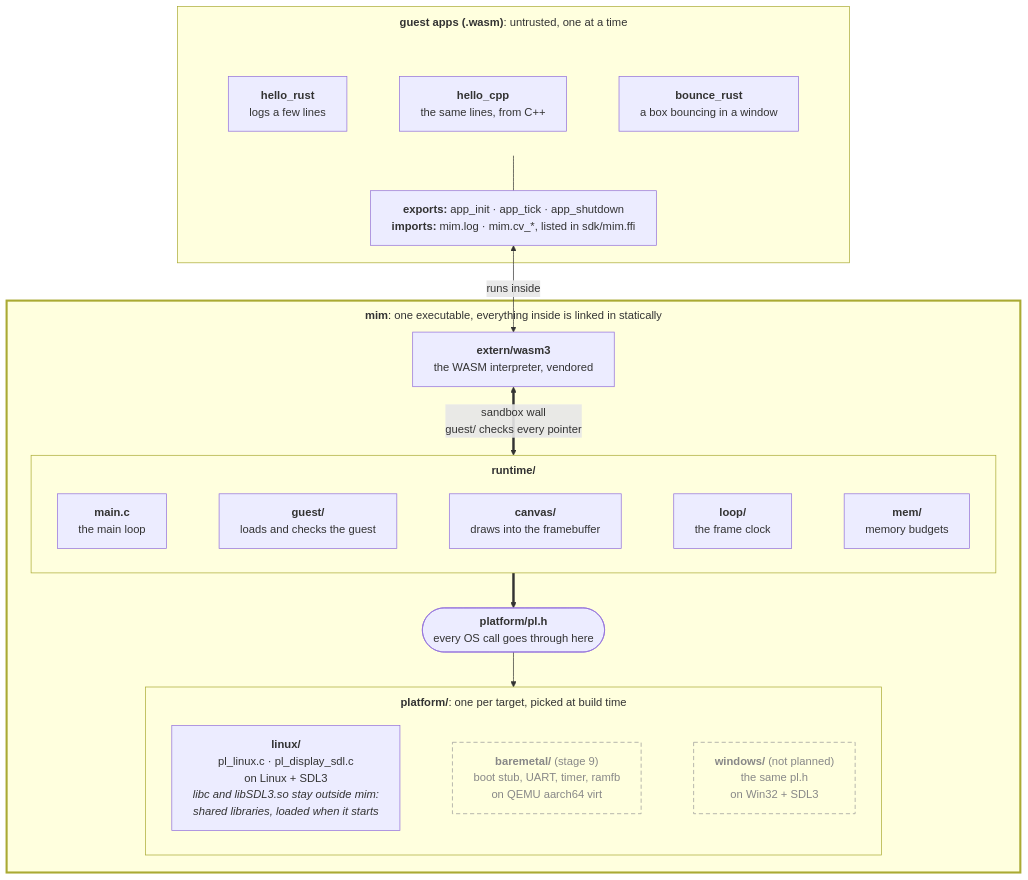
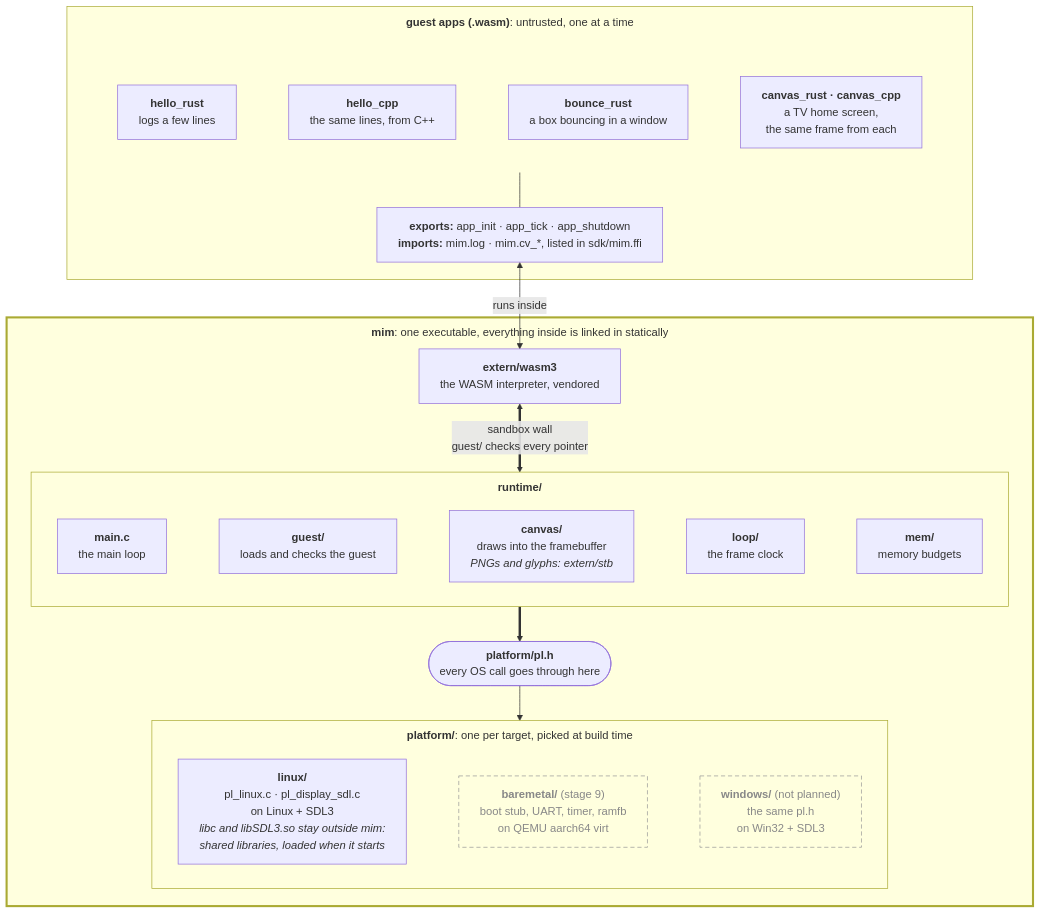
The first of 3 diagrams in README.md (arinal/mim), drawn with Mermaid before and after one commit. The commit also changed other lines of this file and 64 other files, not shown here.

````diff
--- a/README.md
+++ b/README.md
@@ -12,52 +12,53 @@
 ```mermaid
 %%{init: {"flowchart": {"wrappingWidth": 400, "subGraphTitleMargin": {"top": 10, "bottom": 10}}}}%%
 flowchart TB
     accTitle: How MIM fits together
-    accDescr: Everything except the guest apps is one executable, mim; on Linux it loads libc and libSDL3 as shared libraries. Three untrusted WASM guest apps (hello_rust, hello_cpp, bounce_rust), loaded one at a time, run inside the wasm3 interpreter. Their imports reach the runtime's guest loader, which checks every pointer and passes drawing calls to the canvas, which draws into the framebuffer. The runtime reaches the OS only through platform/pl.h. Linux implements it today; bare metal in QEMU is planned for stage 9, and Windows is not planned.
+    accDescr: Everything except the guest apps is one executable, mim; on Linux it loads libc and libSDL3 as shared libraries. Five untrusted WASM guest apps (hello_rust, hello_cpp, bounce_rust, and canvas_rust and canvas_cpp), loaded one at a time, run inside the wasm3 interpreter. Their imports reach the runtime's guest loader, which checks every pointer and passes drawing calls to the canvas, which draws into the framebuffer, using stb for PNGs and glyphs. The runtime reaches the OS only through platform/pl.h. Linux implements it today; bare metal in QEMU is planned for stage 9, and Windows is not planned.
 
     subgraph apps["<b>guest apps (.wasm)</b>: untrusted, one at a time"]
         subgraph list[" "]
             direction LR
             hello_rust["<b>hello_rust</b><br/>logs a few lines"]
             hello_cpp["<b>hello_cpp</b><br/>the same lines, from C++"]
             bounce_rust["<b>bounce_rust</b><br/>a box bouncing in a window"]
-            hello_rust ~~~ hello_cpp ~~~ bounce_rust
+            demo["<b>canvas_rust · canvas_cpp</b><br/>a TV home screen,<br/>the same frame from each"]
+            hello_rust ~~~ hello_cpp ~~~ bounce_rust ~~~ demo
         end
         abi["<b>exports:</b> app_init · app_tick · app_shutdown<br/><b>imports:</b> mim.log · mim.cv_*, listed in sdk/mim.ffi"]
         list --- abi
     end
 
     subgraph mim["<b>mim</b>: one executable, everything inside is linked in statically"]
         wasm3["<b>extern/wasm3</b><br/>the WASM interpreter, vendored"]
 
         subgraph runtime["<b>runtime/</b>"]
             direction LR
             main["<b>main.c</b><br/>the main loop"]
             loader["<b>guest/</b><br/>loads and checks the guest"]
-            canvas["<b>canvas/</b><br/>draws into the framebuffer"]
+            canvas["<b>canvas/</b><br/>draws into the framebuffer<br/><i>PNGs and glyphs: extern/stb</i>"]
             loop["<b>loop/</b><br/>the frame clock"]
             mem["<b>mem/</b><br/>memory budgets"]
             main ~~~ loader ~~~ canvas ~~~ loop ~~~ mem
         end
 
         pl(["<b>platform/pl.h</b><br/>every OS call goes through here"])
 
         subgraph platforms["<b>platform/</b>: one per target, picked at build time"]
             direction LR
             linux["<b>linux/</b><br/>pl_linux.c · pl_display_sdl.c<br/>on Linux + SDL3<br/><i>libc and libSDL3.so stay outside mim:<br/>shared libraries, loaded when it starts</i>"]
             baremetal["<b>baremetal/</b> (stage 9)<br/>boot stub, UART, timer, ramfb<br/>on QEMU aarch64 virt"]
             windows["<b>windows/</b> (not planned)<br/>the same pl.h<br/>on Win32 + SDL3"]
             linux ~~~ baremetal ~~~ windows
         end
     end
 
     abi <-- "runs inside" --> wasm3
     wasm3 <== "sandbox wall<br/>guest/ checks every pointer" ==> runtime
     runtime ==> pl
     pl --> platforms
 
     classDef planned fill:none,stroke:#999,stroke-dasharray:6 4,color:#888
     class baremetal,windows planned
     style mim stroke-width:3px
     style list fill:none,stroke:none
 ```
````
